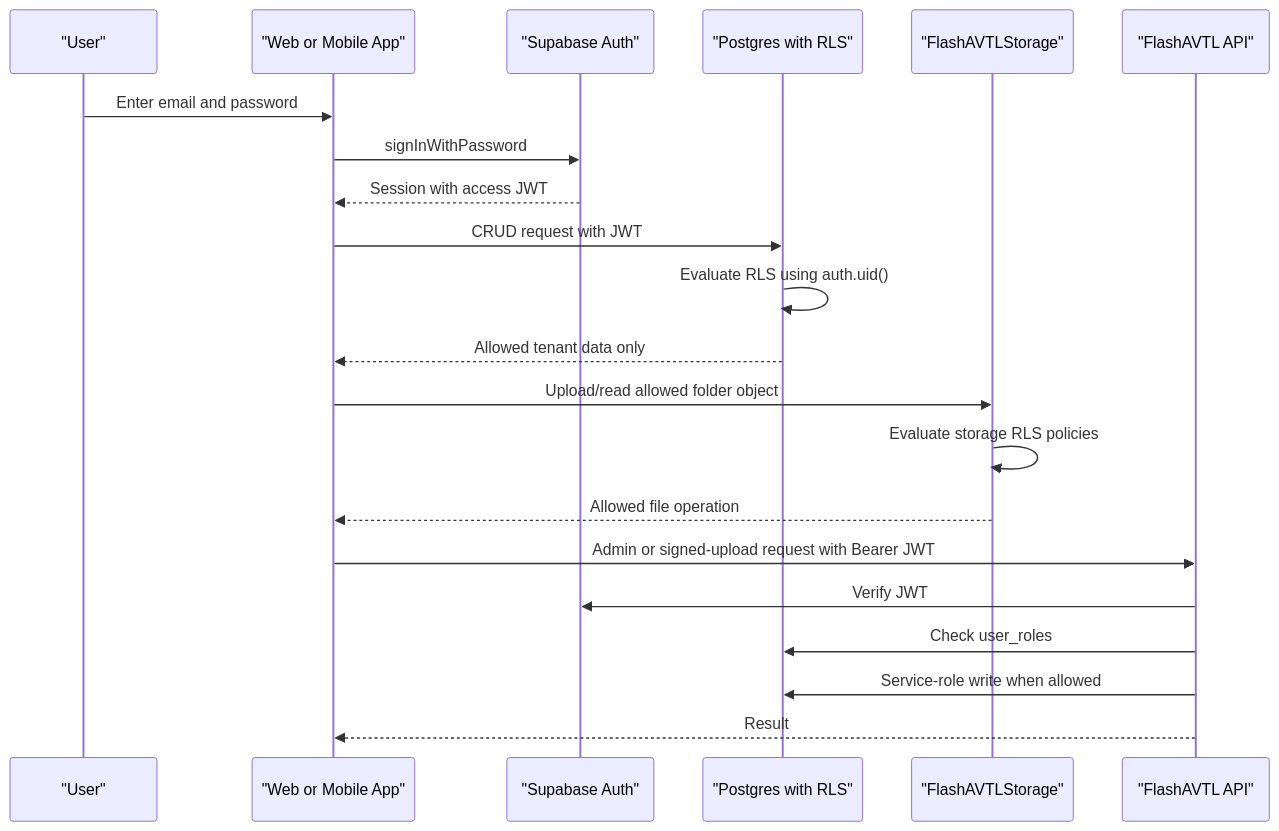
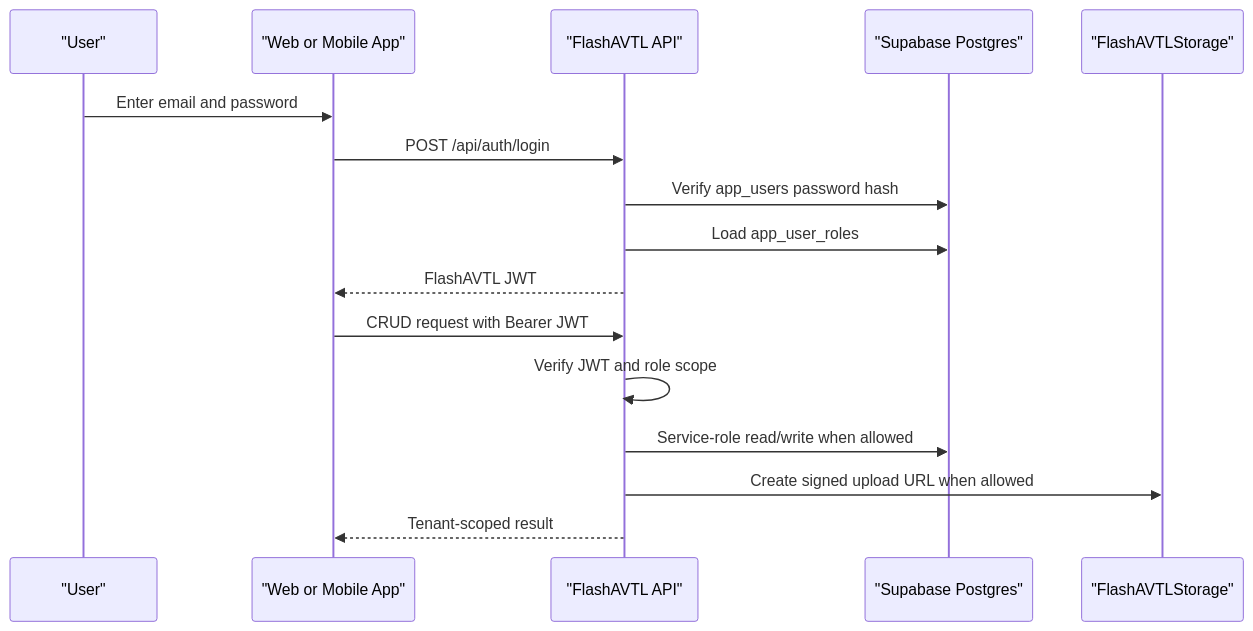
The diagram in docs/security/auth-authorization-workflow.md (VishvasKarkera28/AVTL), drawn with Mermaid before and after one commit. The commit also changed other lines of this file and 13 other files, not shown here.

Commit message:
Add application JWT auth flow

````diff
--- a/docs/security/auth-authorization-workflow.md
+++ b/docs/security/auth-authorization-workflow.md
@@ -16,24 +17,19 @@
 ```mermaid
 sequenceDiagram
     participant User as "User"
     participant App as "Web or Mobile App"
-    participant Auth as "Supabase Auth"
-    participant DB as "Postgres with RLS"
+    participant API as "FlashAVTL API"
+    participant DB as "Supabase Postgres"
     participant Storage as "FlashAVTLStorage"
-    participant API as "FlashAVTL API"
 
     User->>App: Enter email and password
-    App->>Auth: signInWithPassword
-    Auth-->>App: Session with access JWT
-    App->>DB: CRUD request with JWT
-    DB->>DB: Evaluate RLS using auth.uid()
-    DB-->>App: Allowed tenant data only
-    App->>Storage: Upload/read allowed folder object
-    Storage->>Storage: Evaluate storage RLS policies
-    Storage-->>App: Allowed file operation
-    App->>API: Admin or signed-upload request with Bearer JWT
-    API->>Auth: Verify JWT
-    API->>DB: Check user_roles
-    API->>DB: Service-role write when allowed
-    API-->>App: Result
+    App->>API: POST /api/auth/login
+    API->>DB: Verify app_users password hash
+    API->>DB: Load app_user_roles
+    API-->>App: FlashAVTL JWT
+    App->>API: CRUD request with Bearer JWT
+    API->>API: Verify JWT and role scope
+    API->>DB: Service-role read/write when allowed
+    API->>Storage: Create signed upload URL when allowed
+    API-->>App: Tenant-scoped result
 ```
````
